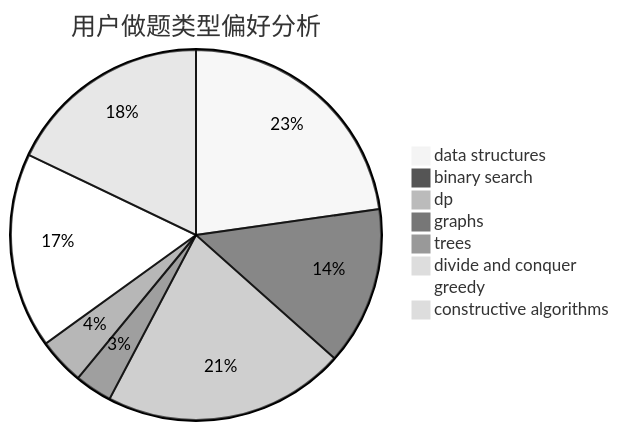
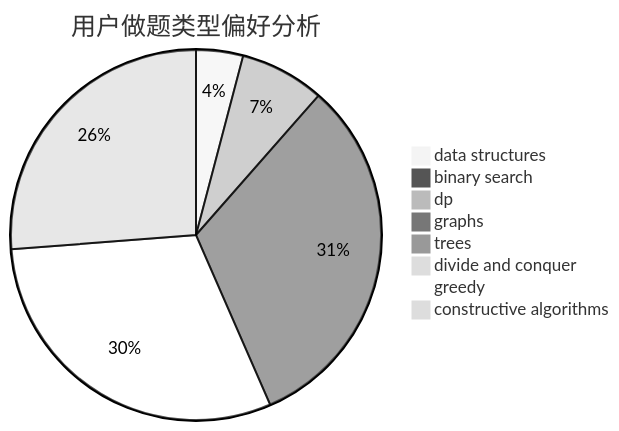
Before and after one commit to sherpahu/cfrs.github.io: the second of 3 diagrams in docs/user/u1798.md, drawn with Mermaid (neutral theme). The commit also changed other lines of this file and 2770 other files, not shown here.

````diff
--- a/docs/user/u1798.md
+++ b/docs/user/u1798.md
@@ -23,11 +23,11 @@
 ```mermaid
 pie title 用户做题类型偏好分析
-    "data structures" :  28
-    "binary search" :  17
-    "dp" :  26
-    "graphs" :  4
-    "trees" :  5
-    "divide and conquer" :  0
-    "greedy" :  21
-    "constructive algorithms" :  22
+    "data structures" :  5
+    "binary search" :  1
+    "dp" :  9
+    "graphs" :  39
+    "trees" :  0
+    "divide and conquer" :  1
+    "greedy" :  37
+    "constructive algorithms" :  32
 ```
````
